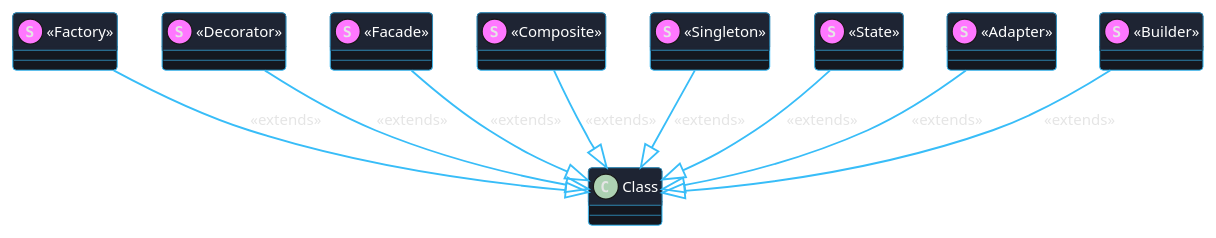
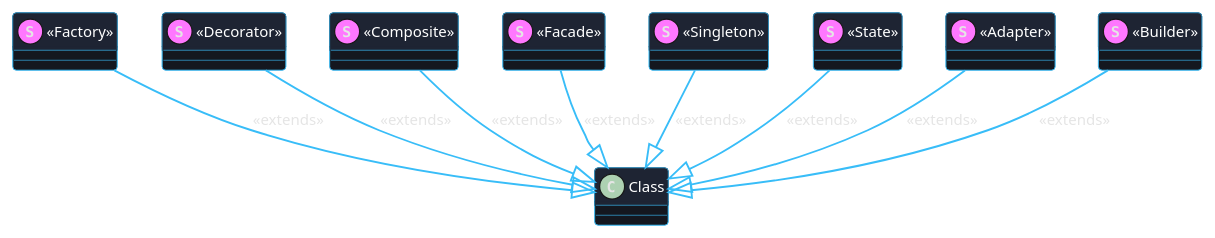
The diagram in web/diagrams/profile.puml (AhmadHassan-BTed/OpenHeart), drawn with PlantUML before and after one commit. The commit also changed other lines of this file and 41 other files, not shown here.

Commit message:
feat: implement multi-diagram JSON export support, enable dark theme for code editor, and update diagram metadata structures

```diff
--- a/web/diagrams/profile.puml
+++ b/web/diagrams/profile.puml
@@ -1,66 +1,66 @@
 @startuml
 skinparam backgroundColor transparent
 skinparam monochrome false
 skinparam shadowing false
 skinparam roundcorner 6
 skinparam defaultFontName "Space Grotesk", "Segoe UI", sans-serif
 skinparam defaultFontColor #e5e5e5
 skinparam defaultFontSize 12
 skinparam ArrowColor #38bdf8
 skinparam ArrowThickness 1.5
 skinparam packageStyle rectangle
 skinparam PackageBorderColor #facc15
 skinparam PackageBackgroundColor #0f141c
 skinparam PackageFontColor #facc15
 skinparam ClassBorderColor #38bdf8
 skinparam ClassBackgroundColor #14171f
 skinparam ClassHeaderBackgroundColor #1e2433
 skinparam ClassFontColor #ffffff
 skinparam ObjectBorderColor #38bdf8
 skinparam ObjectBackgroundColor #14171f
 skinparam ObjectFontColor #ffffff
 skinparam ComponentBorderColor #38bdf8
 skinparam ComponentBackgroundColor #14171f
 skinparam ComponentFontColor #ffffff
 skinparam NodeBorderColor #38bdf8
 skinparam NodeBackgroundColor #14171f
 skinparam NodeFontColor #ffffff
 skinparam StateBorderColor #38bdf8
 skinparam StateBackgroundColor #14171f
 skinparam StateFontColor #ffffff
 skinparam ActivityBorderColor #38bdf8
 skinparam ActivityBackgroundColor #14171f
 skinparam ActivityFontColor #ffffff
 skinparam SequenceLifeLineBorderColor #38bdf8
 skinparam SequenceLifeLineBackgroundColor #14171f
 skinparam SequenceGroupBorderColor #facc15
 skinparam SequenceGroupBackgroundColor #0f141c
 skinparam SequenceGroupFontColor #facc15
 skinparam ParticipantBorderColor #38bdf8
 skinparam ParticipantBackgroundColor #14171f
 skinparam ParticipantFontColor #ffffff
 skinparam ActorBorderColor #facc15
 skinparam ActorBackgroundColor #14171f
 skinparam ActorFontColor #ffffff
 skinparam UsecaseBorderColor #38bdf8
 skinparam UsecaseBackgroundColor #14171f
 skinparam UsecaseFontColor #ffffff
 
 stereotype "<<Factory>>" as Factory
 Factory --|> Class : <<extends>>
 stereotype "<<Decorator>>" as Decorator
 Decorator --|> Class : <<extends>>
+stereotype "<<Composite>>" as Composite
+Composite --|> Class : <<extends>>
 stereotype "<<Facade>>" as Facade
 Facade --|> Class : <<extends>>
-stereotype "<<Composite>>" as Composite
-Composite --|> Class : <<extends>>
 stereotype "<<Singleton>>" as Singleton
 Singleton --|> Class : <<extends>>
 stereotype "<<State>>" as State
 State --|> Class : <<extends>>
 stereotype "<<Adapter>>" as Adapter
 Adapter --|> Class : <<extends>>
 stereotype "<<Builder>>" as Builder
 Builder --|> Class : <<extends>>
 
 @enduml
```
